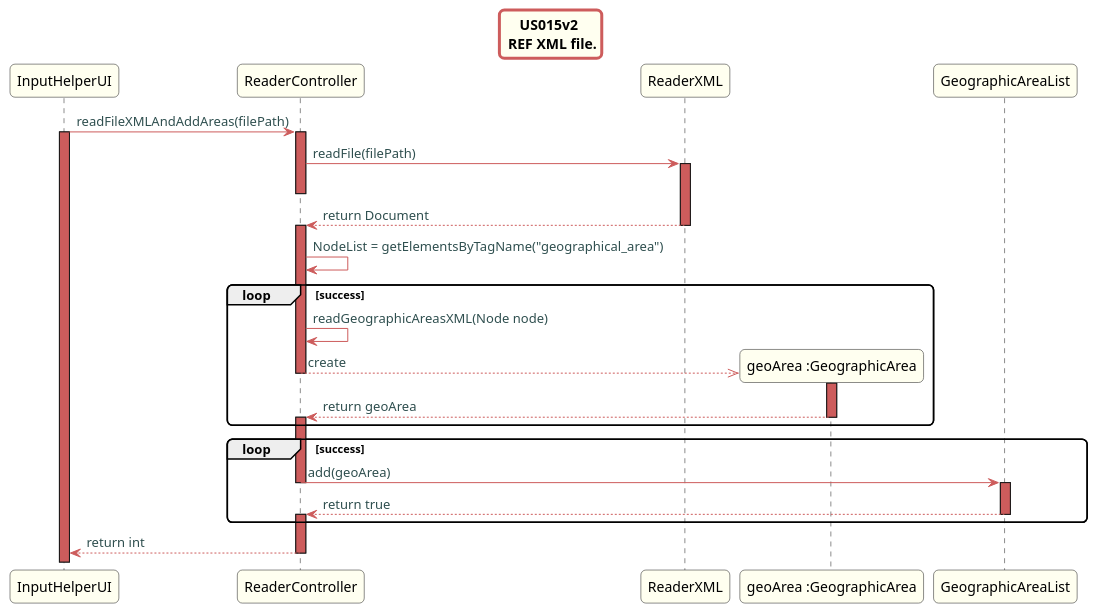
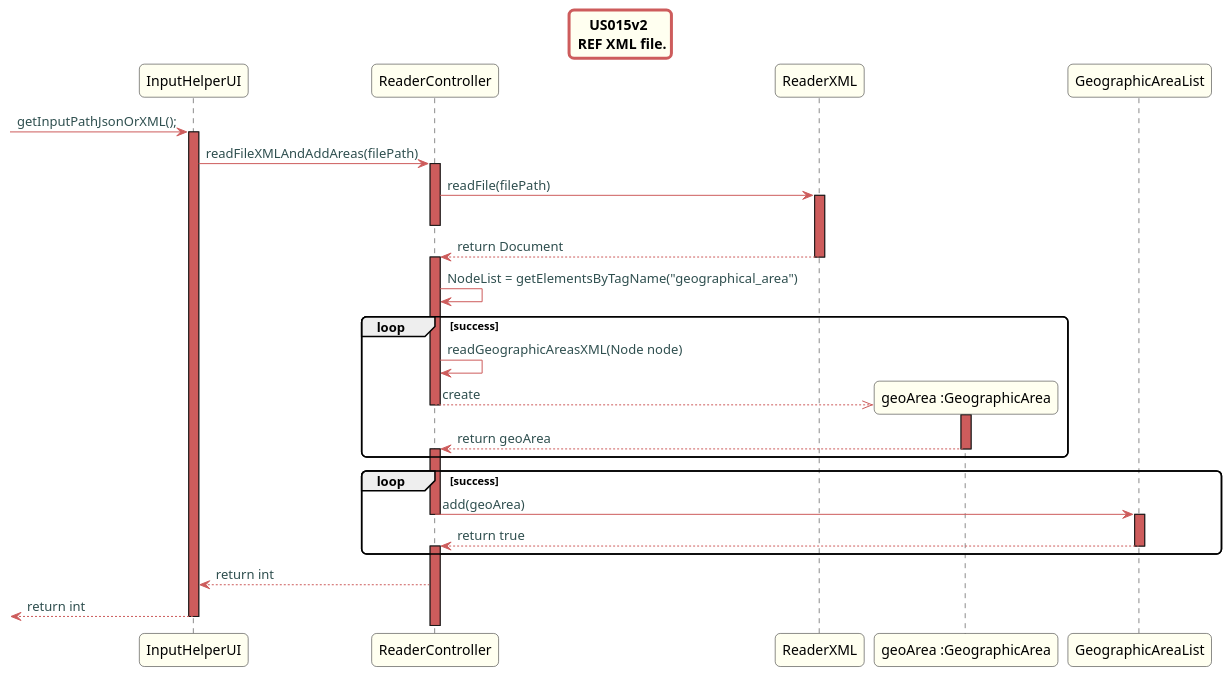
One commit to Almadanmp/project changed the diagram in src/doc/Controllers/HouseConfiguration/US15/US15v2_REF_XML_sd_HouseConfiguration.puml. Above: the diagram before and after it, drawn with PlantUML. The commit also changed 3 other files, not shown here.

Commit message:
REF #178 updated class diagram and sequence diagram for us15v2

```diff
--- a/src/doc/Controllers/HouseConfiguration/US15/US15v2_REF_XML_sd_HouseConfiguration.puml
+++ b/src/doc/Controllers/HouseConfiguration/US15/US15v2_REF_XML_sd_HouseConfiguration.puml
@@ -1,66 +1,67 @@
 @startuml
 title US015v2 \n REF XML file.
 skinparam titleBorderRoundCorner 10
 skinparam titleBorderThickness 3
 skinparam titleBorderColor indianred
 skinparam titleBackgroundColor ivory
 skinparam FontName quicksand
 
 skinparam actor {
   BorderColor indianred
   }
 
 skinparam sequence {
   LifeLineBackgroundColor indianred
   ParticipantBackgroundColor ivory
 }
 
 skinparam roundcorner 10
 
 skinparam component {
   arrowThickness 1
   ArrowFontName Verdana
   ArrowColor indianred
   ArrowFontColor darkslategrey
 }
 
-
+-> InputHelperUI: getInputPathJsonOrXML();
+activate InputHelperUI
 InputHelperUI -> ReaderController: readFileXMLAndAddAreas(filePath)
-activate InputHelperUI
 activate ReaderController
 ReaderController -> ReaderXML: readFile(filePath)
 activate ReaderXML
 deactivate ReaderController
 
 ReaderXML --> ReaderController: return Document
 deactivate ReaderXML
 
 activate ReaderController
 ReaderController->ReaderController:NodeList = getElementsByTagName("geographical_area")
 loop success
 ReaderController->ReaderController:readGeographicAreasXML(Node node)
 create "geoArea :GeographicArea"
 ReaderController -->> "geoArea :GeographicArea": create
 activate "geoArea :GeographicArea"
 deactivate ReaderController
 
 "geoArea :GeographicArea" --> ReaderController: return geoArea
 deactivate "geoArea :GeographicArea"
 activate ReaderController
 end loop
 
 loop success
 ReaderController -> GeographicAreaList: add(geoArea)
 deactivate ReaderController
 activate GeographicAreaList
 
 GeographicAreaList-->ReaderController: return true
 deactivate GeographicAreaList
 
 activate ReaderController
 
 end loop
 ReaderController --> InputHelperUI: return int
-deactivate ReaderController
 
+ <-- InputHelperUI: return int
+ deactivate InputHelperUI
 @enduml
```
